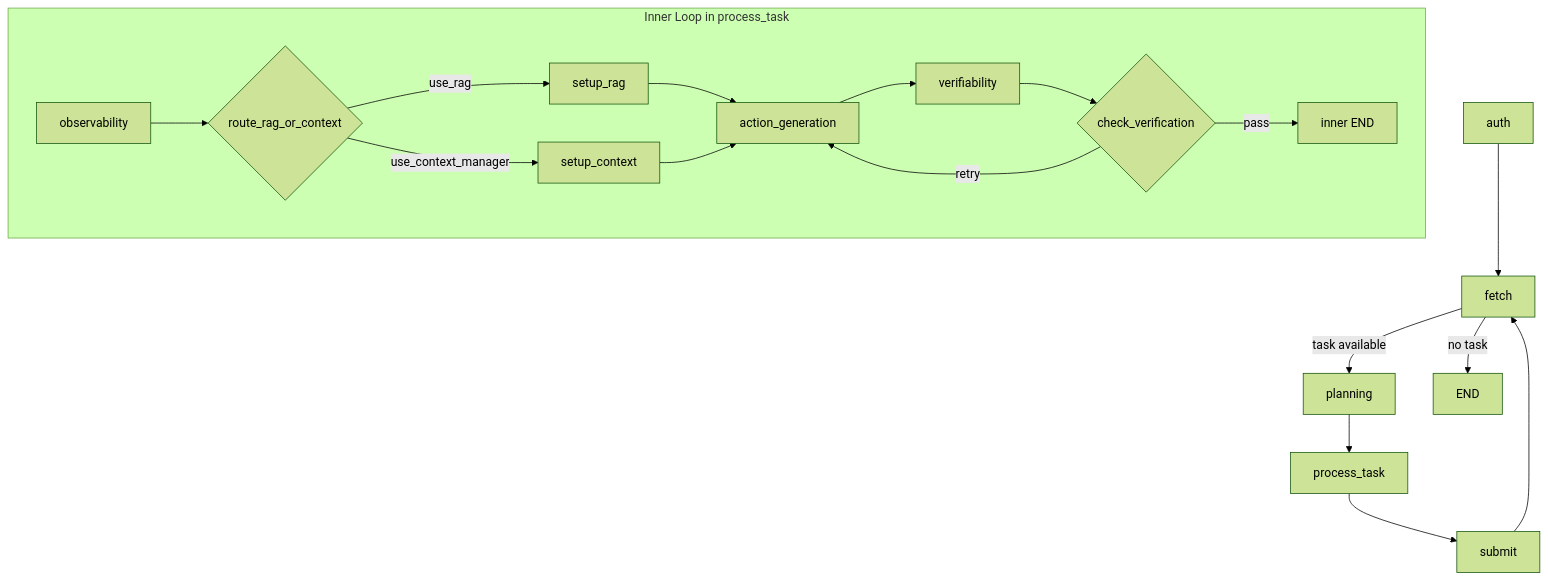
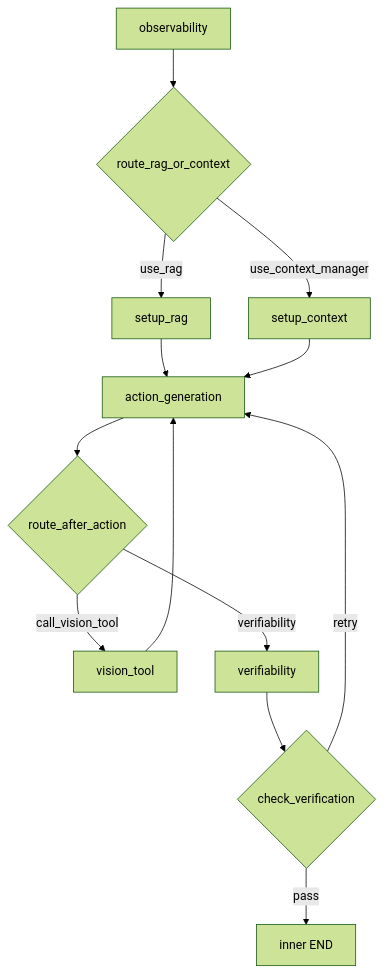
One commit to LongNguyen-26/agentic_project changed the second of 2 diagrams in ARCHITECTURE.md. Above: the diagram before and after it, drawn with Mermaid (forest theme). The commit also changed other lines of this file and 5 other files, not shown here.

````diff
--- a/ARCHITECTURE.md
+++ b/ARCHITECTURE.md
@@ -8,22 +40,17 @@
 ```mermaid
 flowchart TD
-    A[auth] --> B[fetch]
-    B -->|task available| C[planning]
-    B -->|no task| Z[END]
-    C --> D[process_task]
-    D --> E[submit]
-    E --> B
+    O[observability] --> R{route_rag_or_context}
+    R -->|use_rag| S1[setup_rag]
+    R -->|use_context_manager| S2[setup_context]
+    S1 --> G[action_generation]
+    S2 --> G
 
-    subgraph Inner Loop in process_task
-        I1[observability]
-        I1 --> R{route_rag_or_context}
-        R -->|use_rag| I2[setup_rag]
-        R -->|use_context_manager| I3[setup_context]
-        I2 --> I4[action_generation]
-        I3 --> I4
-        I4 --> I5[verifiability]
-        I5 --> V{check_verification}
-        V -->|pass| I6[inner END]
-        V -->|retry| I4
-    end
+    G --> A{route_after_action}
+    A -->|call_vision_tool| V[vision_tool]
+    A -->|verifiability| F[verifiability]
+    V --> G
+
+    F --> C{check_verification}
+    C -->|retry| G
+    C -->|pass| E[inner END]
 ```
````
